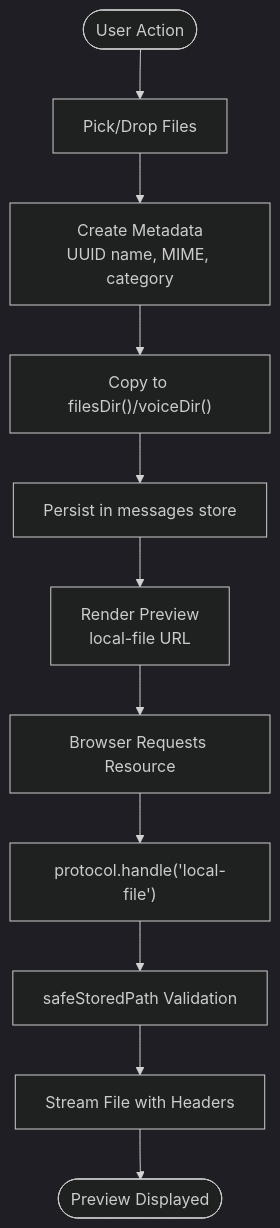
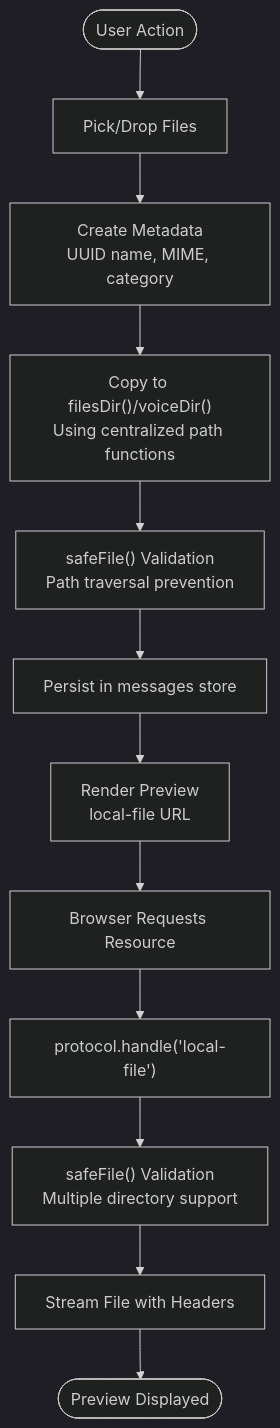
One commit to Annguyen0410/Personal-Messenger-Like-Storage- changed the third of 4 diagrams in .qoder/repowiki/en/content/File Management System.md. Above: the diagram before and after it, drawn with Mermaid (dark theme). The commit also changed other lines of this file and 19 other files, not shown here.

````diff
--- a/.qoder/repowiki/en/content/File Management System.md
+++ b/.qoder/repowiki/en/content/File Management System.md
@@ -278,13 +359,14 @@
 ```mermaid
 flowchart TD
 Start(["User Action"]) --> Pick["Pick/Drop Files"]
 Pick --> Meta["Create Metadata<br/>UUID name, MIME, category"]
-Meta --> Store["Copy to filesDir()/voiceDir()"]
-Store --> Persist["Persist in messages store"]
+Meta --> Store["Copy to filesDir()/voiceDir()<br/>Using centralized path functions"]
+Store --> Validate["safeFile() Validation<br/>Path traversal prevention"]
+Validate --> Persist["Persist in messages store"]
 Persist --> Render["Render Preview<br/>local-file URL"]
 Render --> Request["Browser Requests Resource"]
 Request --> Handle["protocol.handle('local-file')"]
-Handle --> Safe["safeStoredPath Validation"]
+Handle --> Safe["safeFile() Validation<br/>Multiple directory support"]
 Safe --> Stream["Stream File with Headers"]
 Stream --> Done(["Preview Displayed"])
 ```
````
